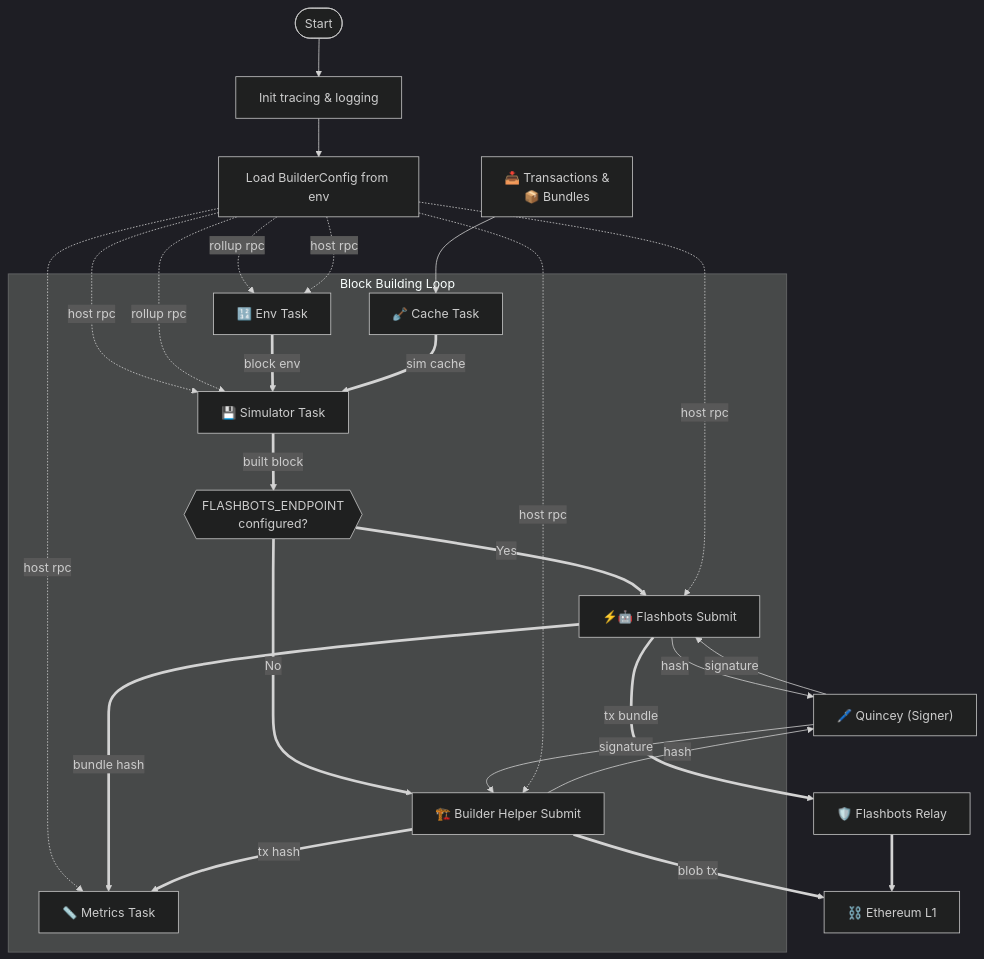
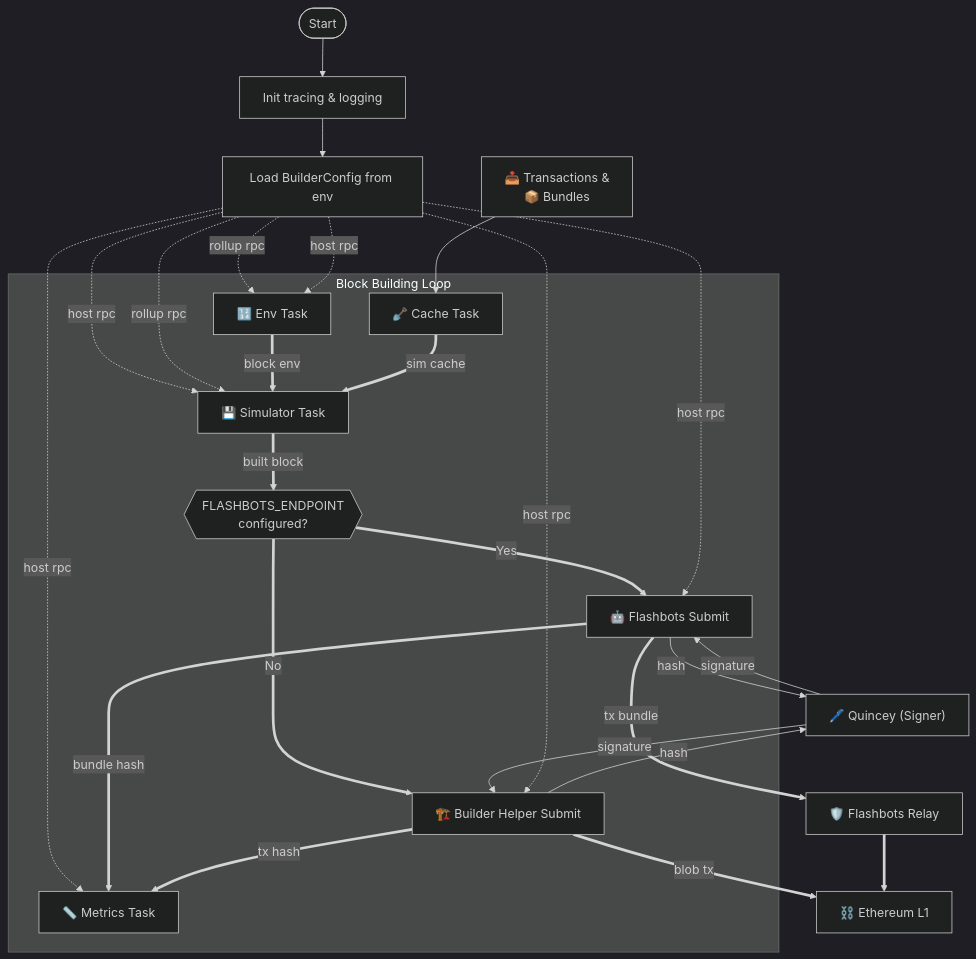
One commit to init4tech/builder changed the diagram in README.md. Above: the diagram before and after it, drawn with Mermaid. The commit also changed other lines of this file, not shown here.

````diff
--- a/README.md
+++ b/README.md
@@ -23,55 +19,54 @@
 ```mermaid
 %%{ init : { "theme" : "dark" } }%%
 flowchart TD
    %% Initialization
    Start(["Start"]) --> Init["Init tracing & logging"]
    Init --> Config["Load BuilderConfig from env"]
 
    Inbound["📥 Transactions &
    📦 Bundles"] --> Cache["🪏 Cache Task"]
    Quincey["🖊️ Quincey (Signer)"]
 
    %% Block building loop
    subgraph BuilderLoop["Block Building Loop"]
       Env["🔢 Env Task"]
       Cache["🪏 Cache Task"]
       Simulator["💾 Simulator Task"]
       Metrics["📏 Metrics Task"]
 
       %% Decision: route to Flashbots or Builder Helper
       FB@{ shape: hex, label: "FLASHBOTS_ENDPOINT\nconfigured?" }
-      FB ==> | Yes | FlashbotsSubmit["⚡🤖 Flashbots Submit"]
+      FB ==> | Yes | FlashbotsSubmit["🤖 Flashbots Submit"]
       FB ==> | No  | HelperSubmit["🏗️ Builder Helper Submit"]
-
    end
 
    %% Signing
    FlashbotsSubmit --hash--> Quincey
    Quincey -- signature --> FlashbotsSubmit
 
    HelperSubmit -- hash --> Quincey
    Quincey -- signature --> HelperSubmit
 
    %% Config wiring
    Config -.rollup rpc.-> Env
    Config -.host rpc.-> Env
    Config -.host rpc.-> Simulator
    Config -.rollup rpc.-> Simulator
    Config -.host rpc.-> Metrics
    Config -.host rpc.-> FlashbotsSubmit
    Config -.host rpc.-> HelperSubmit
 
    %% Core flow
    Env ==block env==> Simulator
    Cache ==sim cache==> Simulator
    Simulator ==built block==> FB 
 
    %% Network submission
    FlashbotsSubmit ==>|"tx bundle"| FlashbotsRelay["🛡️ Flashbots Relay"]
    FlashbotsRelay ==> Ethereum
    HelperSubmit ==>|"blob tx"| Ethereum["⛓️ Ethereum L1"]
 
    %% Metrics
    FlashbotsSubmit ==bundle hash==> Metrics
    HelperSubmit ==tx hash==> Metrics
 ```
````
